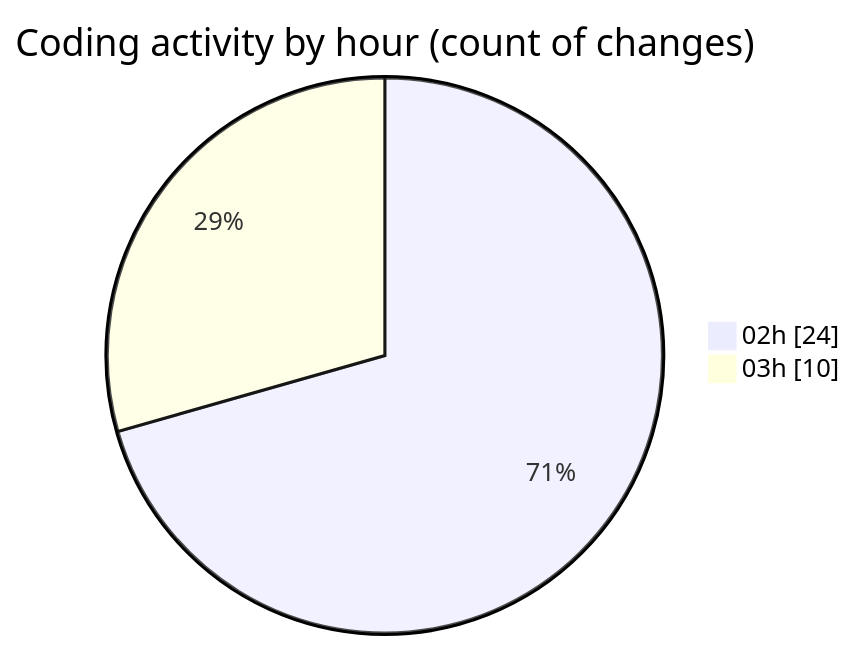
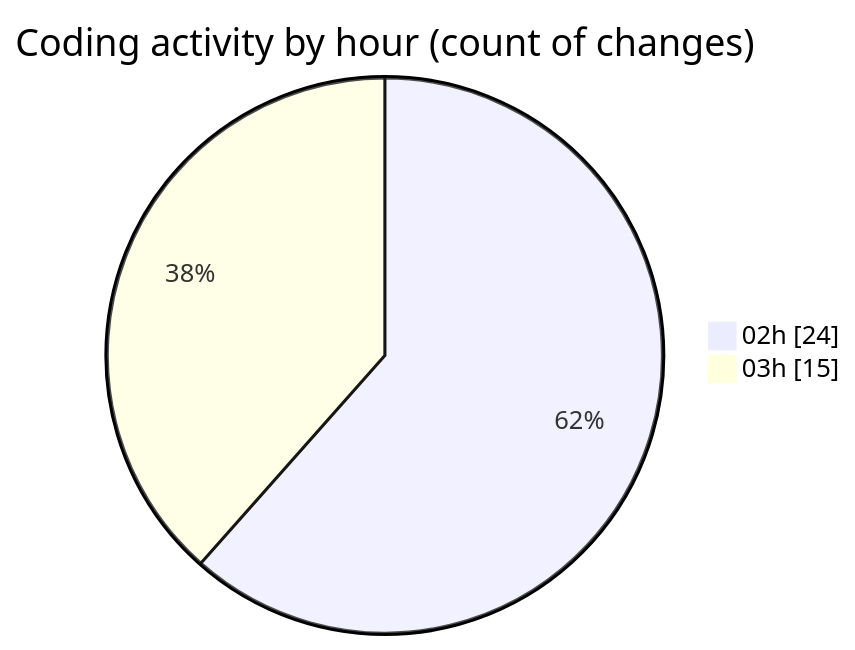
Before and after one commit to lephambinh05/code-tracking: the second of 2 diagrams in 2025-07-23/quanlyrapchieuphim/README.md, drawn with Mermaid. The commit also changed other lines of this file and 1 other file, not shown here.

````diff
--- a/2025-07-23/quanlyrapchieuphim/README.md
+++ b/2025-07-23/quanlyrapchieuphim/README.md
@@ -38,6 +38,6 @@
 ```mermaid
 pie showData
 title Coding activity by hour (count of changes)
 "02h" : 24
-"03h" : 10
+"03h" : 15
 ```
````
